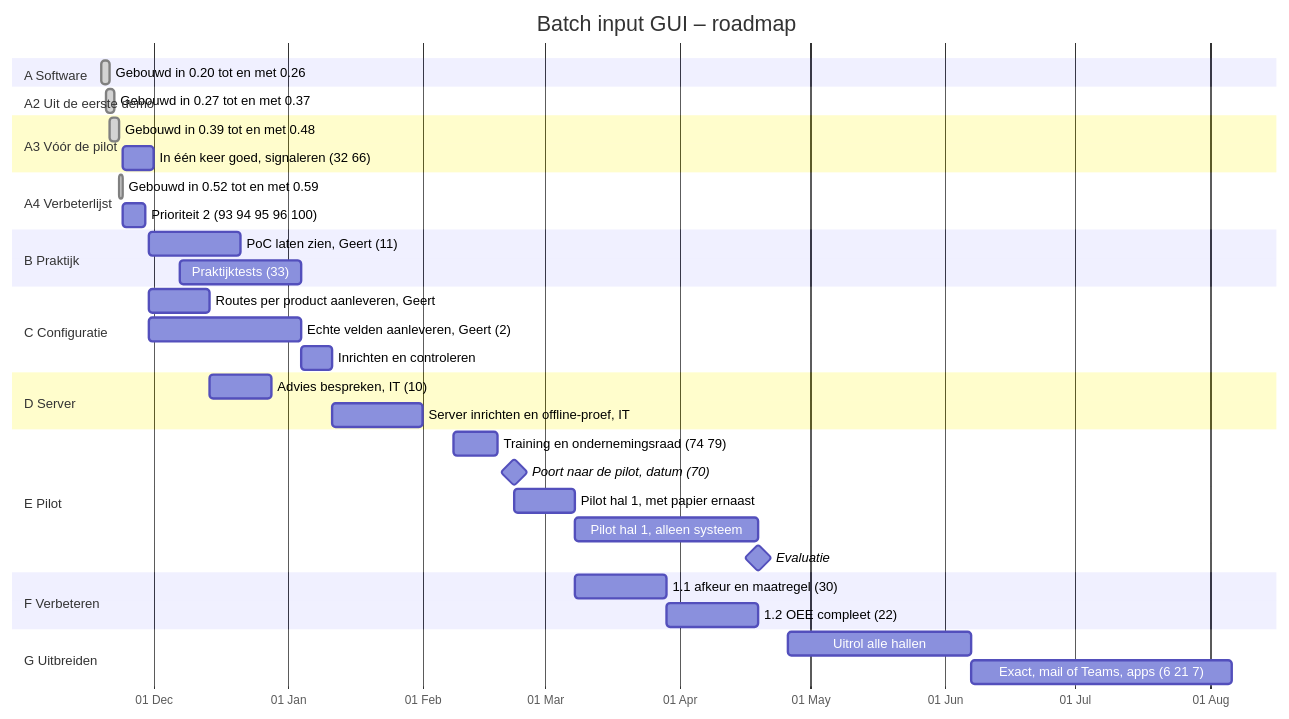
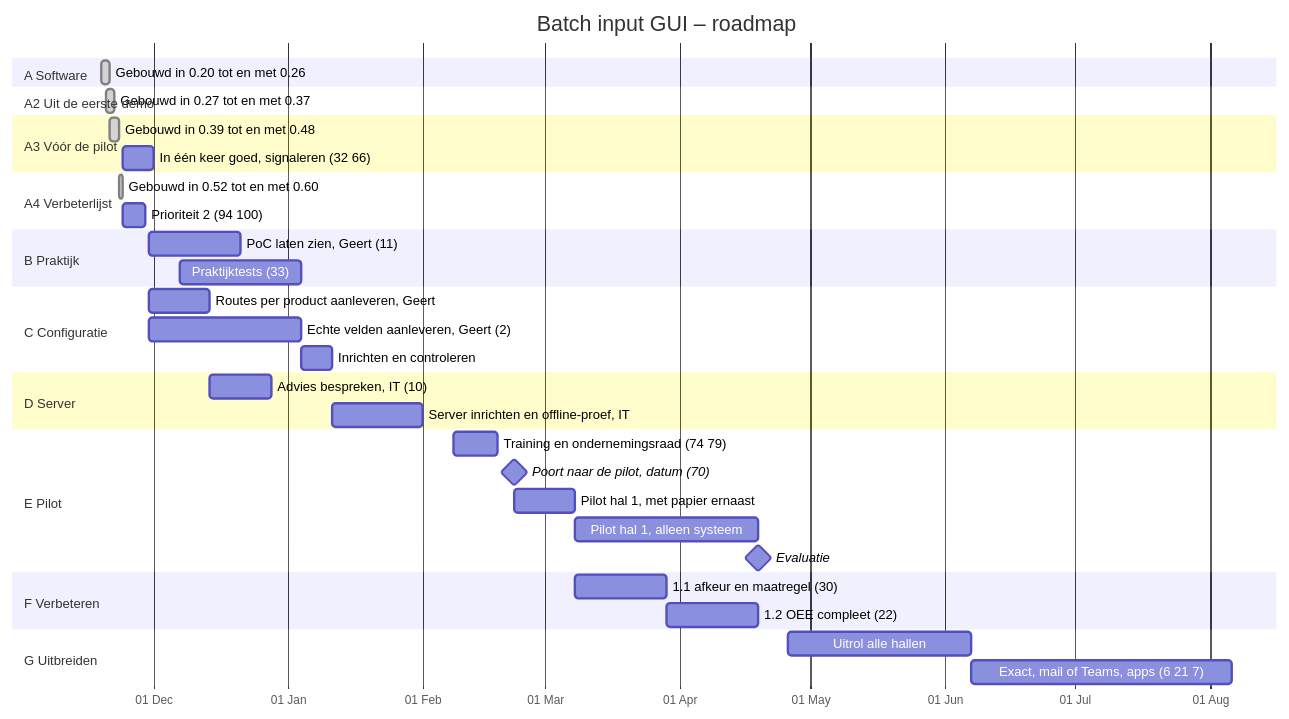
Before and after one commit to Gertjun/Manufacturing-Execution-System: the diagram in ROADMAP.md, drawn with Mermaid. The commit also changed other lines of this file and 26 other files, not shown here.

````diff
--- a/ROADMAP.md
+++ b/ROADMAP.md
@@ -12,49 +12,49 @@
 ```mermaid
 gantt
     title Batch input GUI – roadmap
     dateFormat YYYY-MM-DD
     axisFormat %d %b
     todayMarker on
 
     section A Software
     Gebouwd in 0.20 tot en met 0.26          :done, a1, 2026-11-19, 2d
 
     section A2 Uit de eerste demo
     Gebouwd in 0.27 tot en met 0.37          :done, a2, 2026-11-20, 2d
 
     section A3 Vóór de pilot
     Gebouwd in 0.39 tot en met 0.48          :done, a3a, 2026-11-21, 2d
     In één keer goed, signaleren (32 66)     :a3b, 2026-11-24, 7d
 
     section A4 Verbeterlijst
-    Gebouwd in 0.52 tot en met 0.59          :done, a4g, 2026-11-23, 1d
-    Prioriteit 2 (93 94 95 96 100)          :a4b, 2026-11-24, 5d
+    Gebouwd in 0.52 tot en met 0.60          :done, a4g, 2026-11-23, 1d
+    Prioriteit 2 (94 100)          :a4b, 2026-11-24, 5d
 
     section B Praktijk
     PoC laten zien, Geert (11)               :b1, 2026-11-30, 21d
     Praktijktests (33)                       :b2, 2026-12-07, 28d
 
     section C Configuratie
     Routes per product aanleveren, Geert     :c0, 2026-11-30, 14d
     Echte velden aanleveren, Geert (2)       :c1, 2026-11-30, 35d
     Inrichten en controleren                 :c2, after c1, 7d
 
     section D Server
     Advies bespreken, IT (10)                :d1, 2026-12-14, 14d
     Server inrichten en offline-proef, IT    :d2, 2027-01-11, 21d
 
     section E Pilot
     Training en ondernemingsraad (74 79)     :e0, 2027-02-08, 10d
     Poort naar de pilot, datum (70)          :milestone, m1, 2027-02-22, 0d
     Pilot hal 1, met papier ernaast          :e1, 2027-02-22, 14d
     Pilot hal 1, alleen systeem              :e2, after e1, 42d
     Evaluatie                                :milestone, m2, 2027-04-19, 0d
 
     section F Verbeteren
     1.1 afkeur en maatregel (30)             :f1, 2027-03-08, 21d
     1.2 OEE compleet (22)                    :f2, after f1, 21d
 
     section G Uitbreiden
     Uitrol alle hallen                       :g1, 2027-04-26, 42d
     Exact, mail of Teams, apps (6 21 7)      :g2, 2027-06-07, 60d
 ```
````
